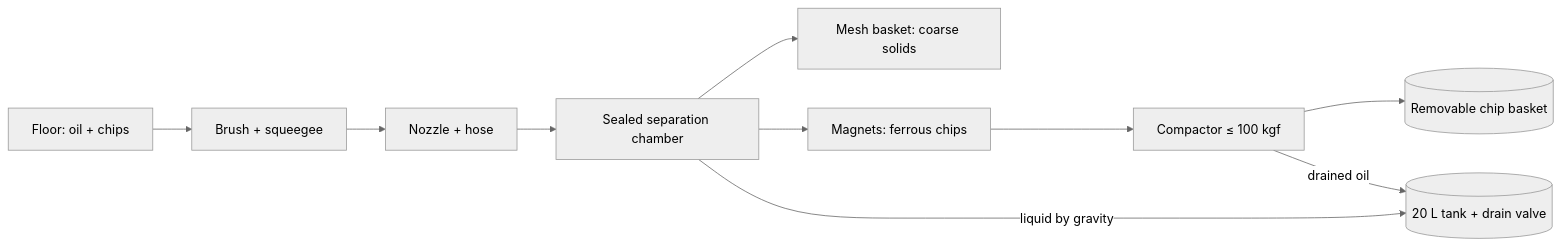
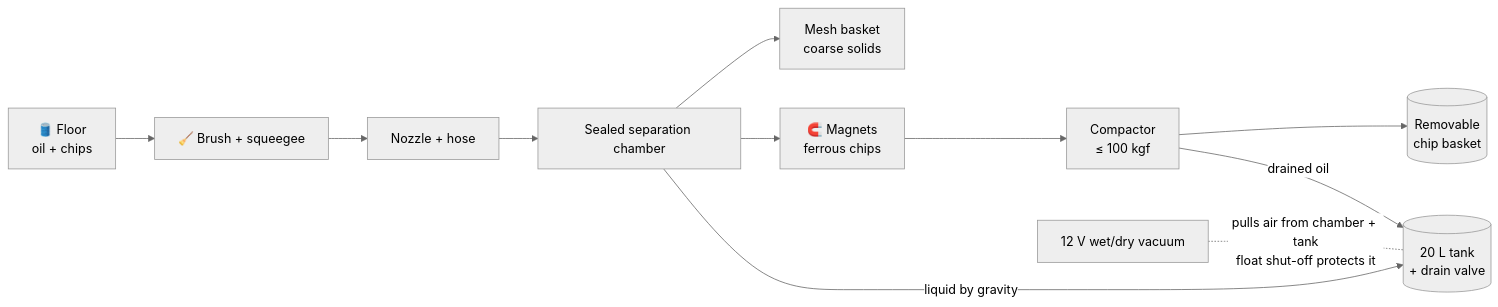
One commit to Happenedspice17/industrial-waste-clean-machine changed the first of 3 diagrams in README.md. Above: the diagram before and after it, drawn with Mermaid (neutral theme). The commit also changed other lines of this file and 3 other files, not shown here.

````diff
--- a/README.md
+++ b/README.md
@@ -50,12 +86,13 @@
 ```mermaid
 flowchart LR
-    F[Floor: oil + chips] --> B[Brush + squeegee]
-    B --> N[Nozzle + hose]
-    N --> C[Sealed separation chamber]
-    C --> S1[Mesh basket: coarse solids]
-    C --> S2[Magnets: ferrous chips]
-    S2 --> K[Compactor ≤ 100 kgf]
-    K --> BK[(Removable chip basket)]
-    C -- liquid by gravity --> T[(20 L tank + drain valve)]
-    K -- drained oil --> T
+    F["🛢️ Floor<br/>oil + chips"] --> B["🧹 Brush + squeegee"]
+    B --> N["Nozzle + hose"]
+    N --> C["Sealed separation chamber"]
+    C --> S1["Mesh basket<br/>coarse solids"]
+    C --> S2["🧲 Magnets<br/>ferrous chips"]
+    S2 --> K["Compactor<br/>≤ 100 kgf"]
+    K --> BK[("Removable<br/>chip basket")]
+    C -- "liquid by gravity" --> T[("20 L tank<br/>+ drain valve")]
+    K -- "drained oil" --> T
+    V["12 V wet/dry vacuum"] -.-|"pulls air from chamber + tank<br/>float shut-off protects it"| T
 ```
````
